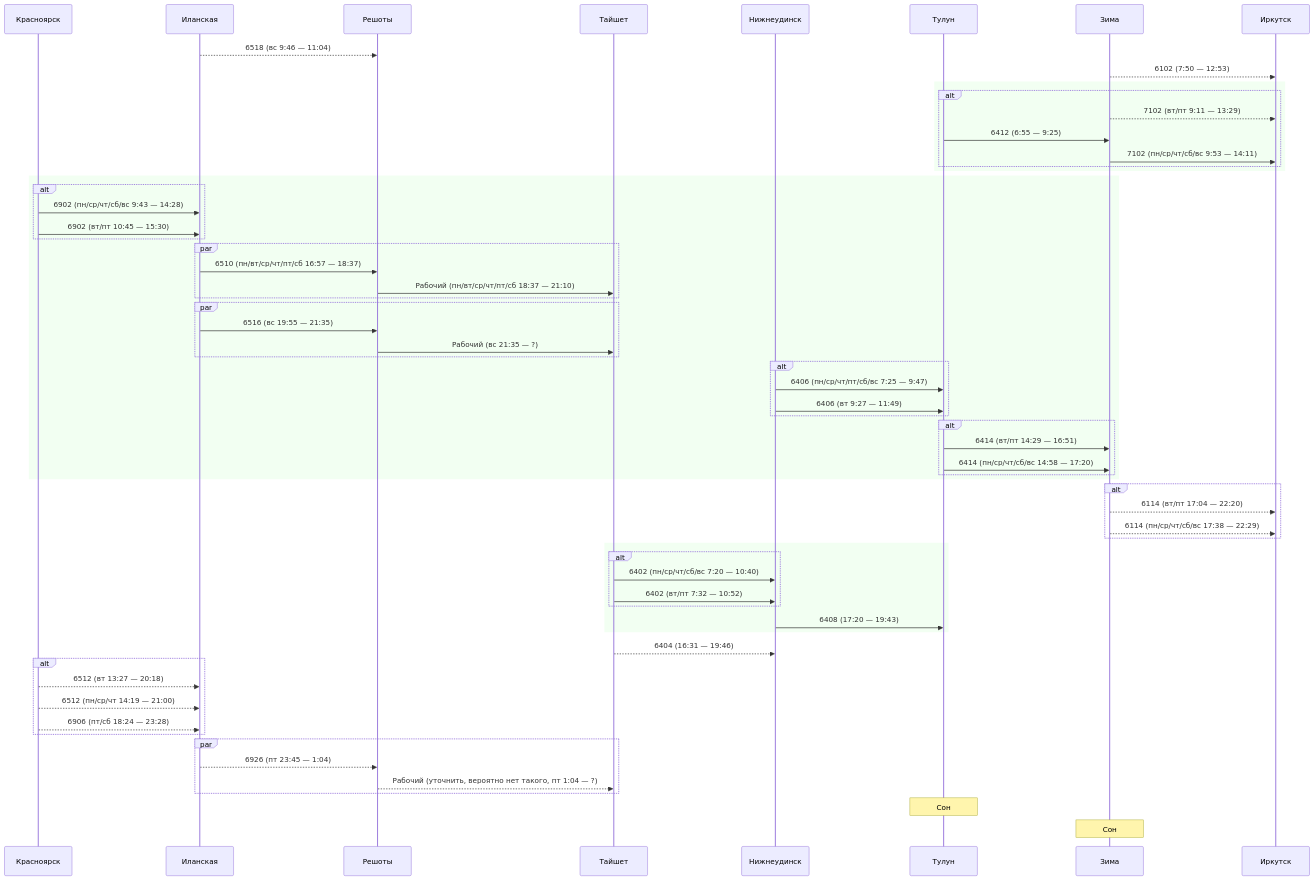
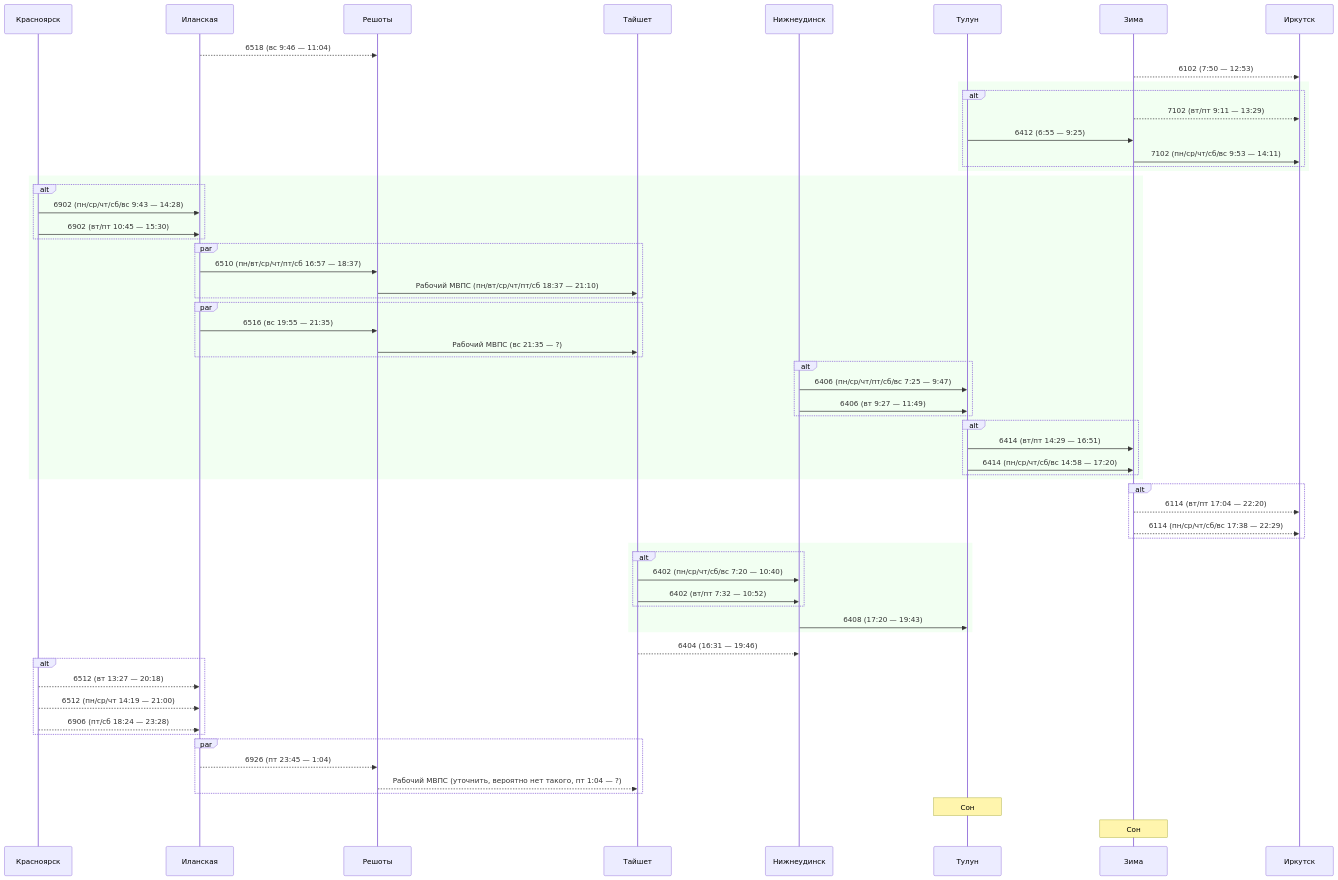
One commit to u0feff/Pezda changed diagram 11 of 14 in README.md. Above: the diagram before and after it, drawn with Mermaid. The commit also changed other lines of this file, not shown here.

````diff
--- a/README.md
+++ b/README.md
@@ -528,74 +528,74 @@
 ```mermaid
 sequenceDiagram
     participant Красноярск
     participant Иланская
     participant Решоты
     participant Тайшет
     participant Нижнеудинск
     participant Тулун
     participant Зима
     participant Иркутск
 
     Иланская-->>Решоты: 6518 (вс 9:46 — 11:04)
 
     Зима-->>Иркутск: 6102 (7:50 — 12:53)
 
     rect rgba(0, 255, 0, 0.05)
     alt
     Зима-->>Иркутск: 7102 (вт/пт 9:11 — 13:29)
 
     Тулун->>Зима: 6412 (6:55 — 9:25)
     Зима->>Иркутск: 7102 (пн/ср/чт/сб/вс 9:53 — 14:11)
     end
     end
 
     rect rgba(0, 255, 0, 0.05)
     alt
     Красноярск->>Иланская: 6902 (пн/ср/чт/сб/вс 9:43 — 14:28)
     Красноярск->>Иланская: 6902 (вт/пт 10:45 — 15:30)
     end
     par
     Иланская->>Решоты: 6510 (пн/вт/ср/чт/пт/сб 16:57 — 18:37)
-    Решоты->>Тайшет: Рабочий (пн/вт/ср/чт/пт/сб 18:37 — 21:10)
+    Решоты->>Тайшет: Рабочий МВПС (пн/вт/ср/чт/пт/сб 18:37 — 21:10)
     end
     par
     Иланская->>Решоты: 6516 (вс 19:55 — 21:35)
-    Решоты->>Тайшет: Рабочий (вс 21:35 — ?)
+    Решоты->>Тайшет: Рабочий МВПС (вс 21:35 — ?)
     end
     alt
     Нижнеудинск->>Тулун: 6406 (пн/ср/чт/пт/сб/вс 7:25 — 9:47)
     Нижнеудинск->>Тулун: 6406 (вт 9:27 — 11:49)
     end
     alt
     Тулун->>Зима: 6414 (вт/пт 14:29 — 16:51)
     Тулун->>Зима: 6414 (пн/ср/чт/сб/вс 14:58 — 17:20)
     end
     end
     alt
     Зима-->>Иркутск: 6114 (вт/пт 17:04 — 22:20)
     Зима-->>Иркутск: 6114 (пн/ср/чт/сб/вс 17:38 — 22:29)
     end
 
     rect rgba(0, 255, 0, 0.05)
     alt
     Тайшет->>Нижнеудинск: 6402 (пн/ср/чт/сб/вс 7:20 — 10:40)
     Тайшет->>Нижнеудинск: 6402 (вт/пт 7:32 — 10:52)
     end
     Нижнеудинск->>Тулун: 6408 (17:20 — 19:43)
     end
 
     Тайшет-->>Нижнеудинск: 6404 (16:31 — 19:46)
 
     alt
     Красноярск-->>Иланская: 6512 (вт 13:27 — 20:18)
     Красноярск-->>Иланская: 6512 (пн/ср/чт 14:19 — 21:00)
     Красноярск-->>Иланская: 6906 (пт/сб 18:24 — 23:28)
     end
     par
     Иланская-->>Решоты: 6926 (пт 23:45 — 1:04)
-    Решоты-->>Тайшет: Рабочий (уточнить, вероятно нет такого, пт 1:04 — ?)
+    Решоты-->>Тайшет: Рабочий МВПС (уточнить, вероятно нет такого, пт 1:04 — ?)
     end
 
     Note over Тулун: Сон
     Note over Зима: Сон
 ```
````
